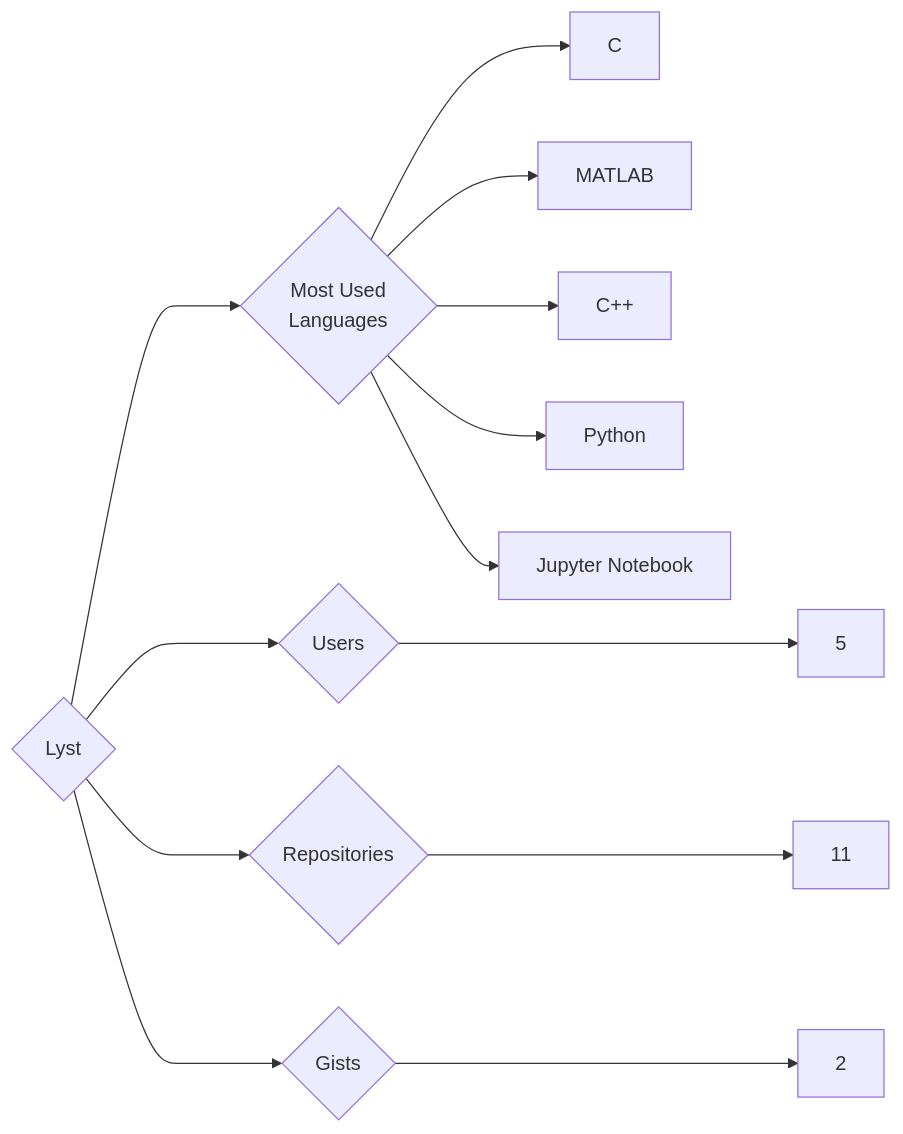
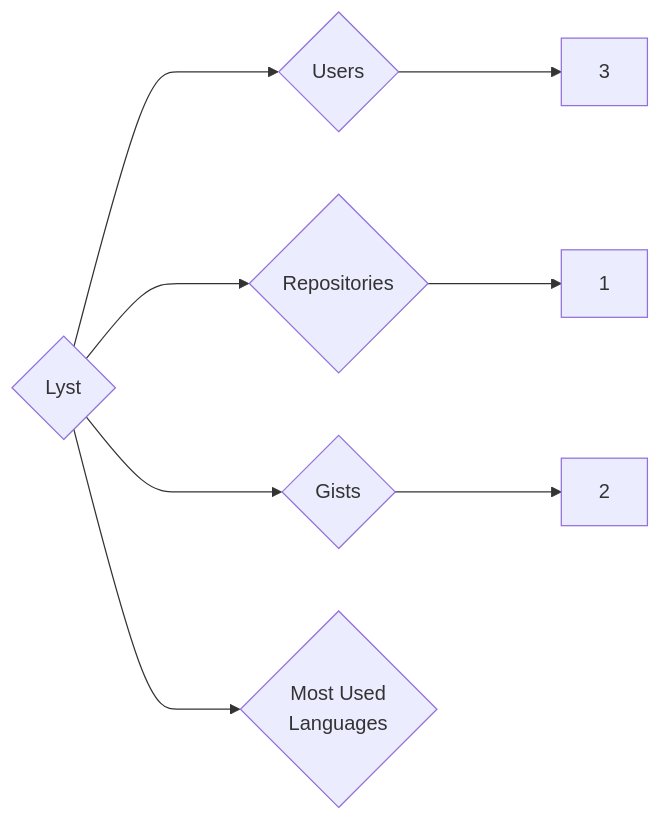
The diagram in targets/Lyst/README.md (trickest/insiders), drawn with Mermaid before and after one commit. The commit also changed 1484 other files, not shown here.

````diff
--- a/targets/Lyst/README.md
+++ b/targets/Lyst/README.md
@@ -3,13 +3,8 @@
 ```mermaid
 graph LR
 COMPANY_NAME{Lyst}
-COMPANY_NAME ---> U{Users} ---> UN[5]
-COMPANY_NAME ---> R{Repositories} ---> RN[11]
+COMPANY_NAME ---> U{Users} ---> UN[3]
+COMPANY_NAME ---> R{Repositories} ---> RN[1]
 COMPANY_NAME ---> G{Gists} ---> GN[2]
 COMPANY_NAME ---> ML{Most Used<br>Languages}
-ML --> C[C]
-ML --> MATLAB[MATLAB]
-ML --> C++[C++]
-ML --> Python[Python]
-ML --> Jupyter_Notebook[Jupyter Notebook]
 ```
````
